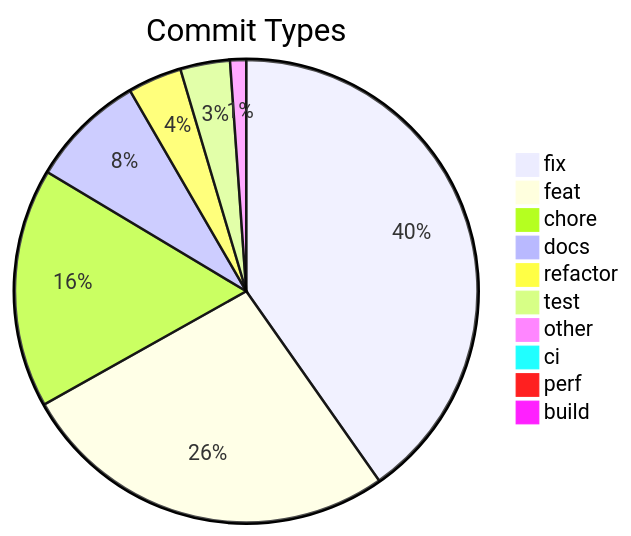
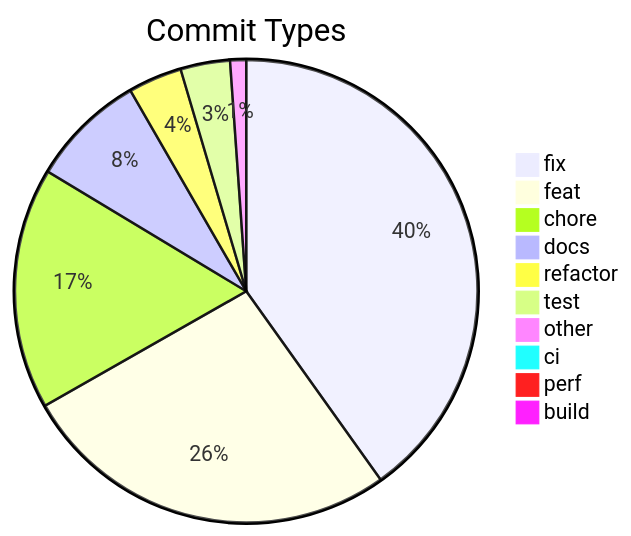
Before and after one commit to svenroth-ai/shipwright-webui: the diagram in .shipwright/compliance/change-history.md, drawn with Mermaid. The commit also changed other lines of this file and 17 other files, not shown here.

````diff
--- a/.shipwright/compliance/change-history.md
+++ b/.shipwright/compliance/change-history.md
@@ -10,13 +10,13 @@
 ```mermaid
 pie title Commit Types
     "fix" : 395
-    "feat" : 261
-    "chore" : 164
+    "feat" : 262
+    "chore" : 166
     "docs" : 79
     "refactor" : 37
     "test" : 34
     "other" : 11
     "ci" : 8
     "perf" : 5
-    "build" : 1
+    "build" : 2
 ```
````
